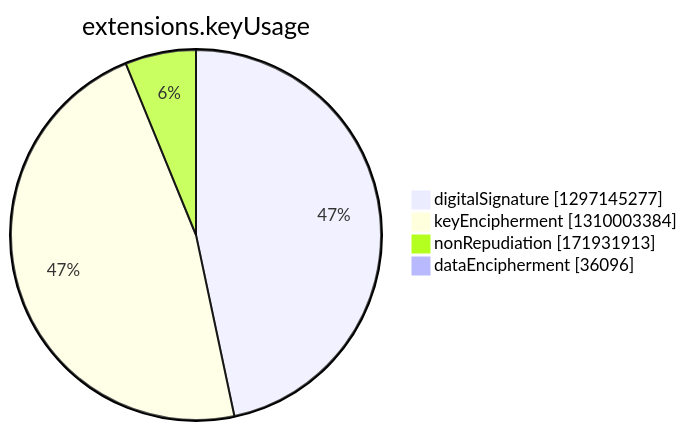
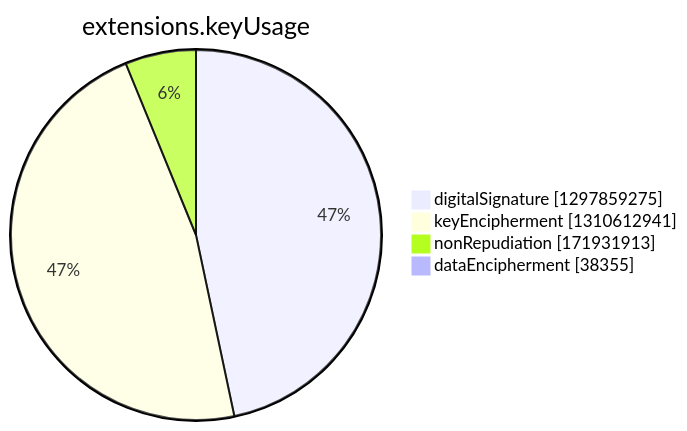
One commit to christiankrug/ctmonitor_visualization changed the seventh of 15 diagrams in argon2022/README.md. Above: the diagram before and after it, drawn with Mermaid. The commit also changed other lines of this file, not shown here.

````diff
--- a/argon2022/README.md
+++ b/argon2022/README.md
@@ -2749,8 +2749,8 @@
 ```mermaid
 pie showData
 title extensions.keyUsage
-"digitalSignature" :1297145277
-"keyEncipherment" :1310003384
+"digitalSignature" :1297859275
+"keyEncipherment" :1310612941
 "nonRepudiation" :171931913
-"dataEncipherment" :36096
+"dataEncipherment" :38355
 ```
````
